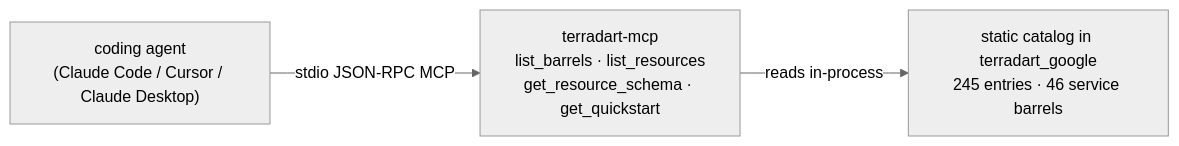
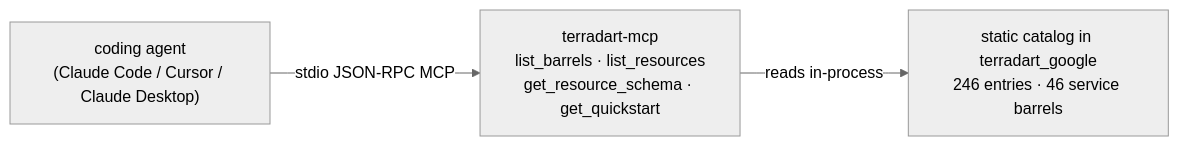
One commit to nozomi-koborinai/terradart changed the diagram in website/src/content/docs/docs/agent/index.md. Above: the diagram before and after it, drawn with Mermaid (neutral theme). The commit also changed other lines of this file and 23 other files, not shown here.

````diff
--- a/website/src/content/docs/docs/agent/index.md
+++ b/website/src/content/docs/docs/agent/index.md
@@ -12,8 +12,8 @@
 ```mermaid
 graph LR
   agent["coding agent<br/>(Claude Code / Cursor / Claude Desktop)"]
   mcp["terradart-mcp<br/>list_barrels · list_resources<br/>get_resource_schema · get_quickstart"]
-  catalog["static catalog in terradart_google<br/>245 entries · 46 service barrels"]
+  catalog["static catalog in terradart_google<br/>246 entries · 46 service barrels"]
   agent -->|stdio JSON-RPC MCP| mcp
   mcp -->|reads in-process| catalog
 ```
````
